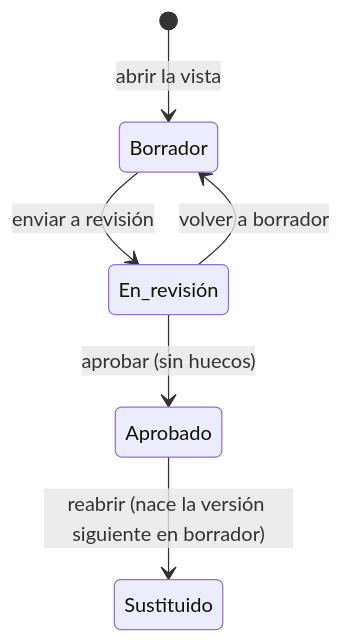
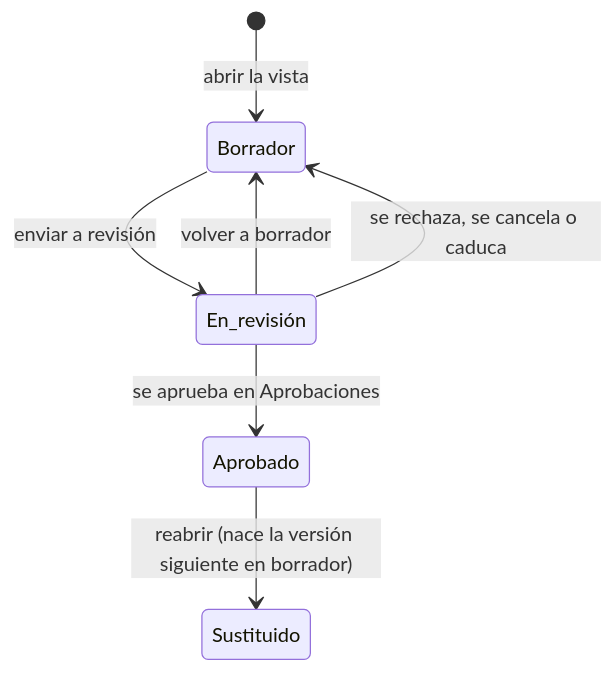
The diagram in docs/funcional/expediente-documental.md (albarracingarciap/fluxion-saas), drawn with Mermaid before and after one commit. The commit also changed other lines of this file and 17 other files, not shown here.

First line of the commit message:
feat(aprobaciones): el expediente documental solo se aprueba en el circuito (B11f)

````diff
--- a/docs/funcional/expediente-documental.md
+++ b/docs/funcional/expediente-documental.md
@@ -171,8 +170,9 @@
 ```mermaid
 stateDiagram-v2
   [*] --> Borrador: abrir la vista
   Borrador --> En_revisión: enviar a revisión
   En_revisión --> Borrador: volver a borrador
-  En_revisión --> Aprobado: aprobar (sin huecos)
+  En_revisión --> Aprobado: se aprueba en Aprobaciones
+  En_revisión --> Borrador: se rechaza, se cancela o caduca
   Aprobado --> Sustituido: reabrir (nace la versión siguiente en borrador)
 ```
````
